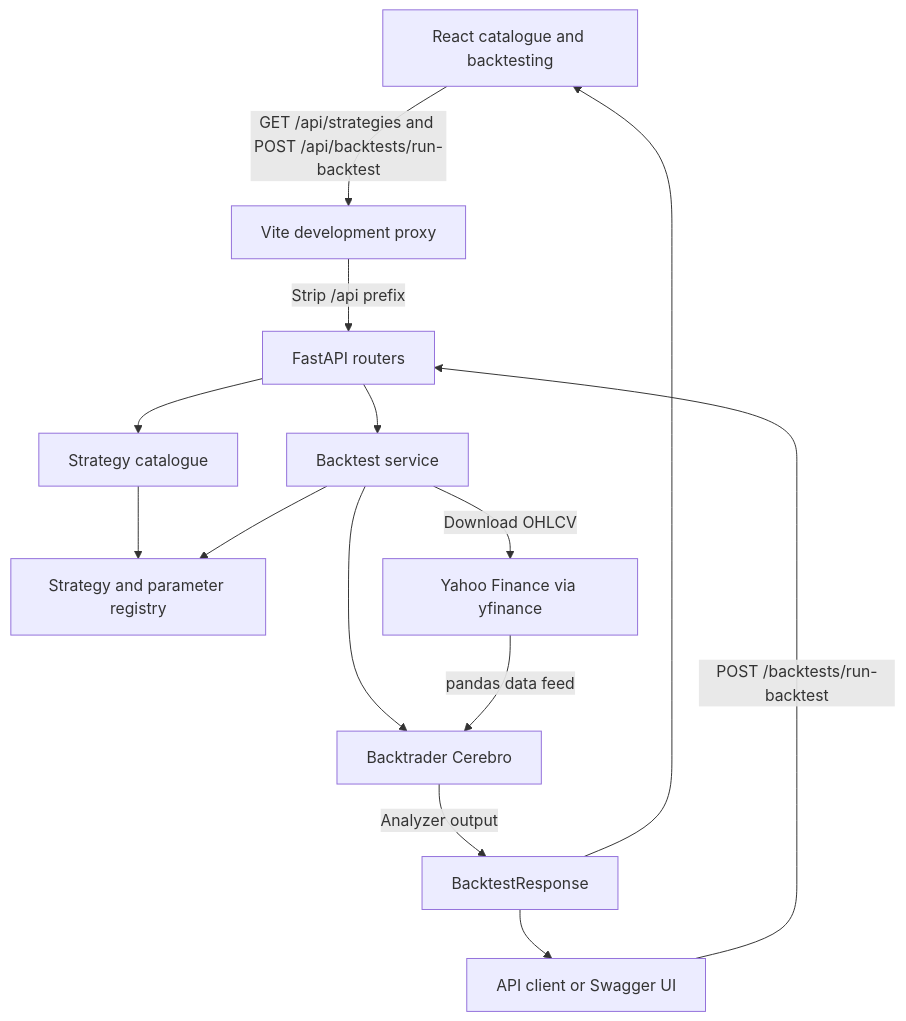
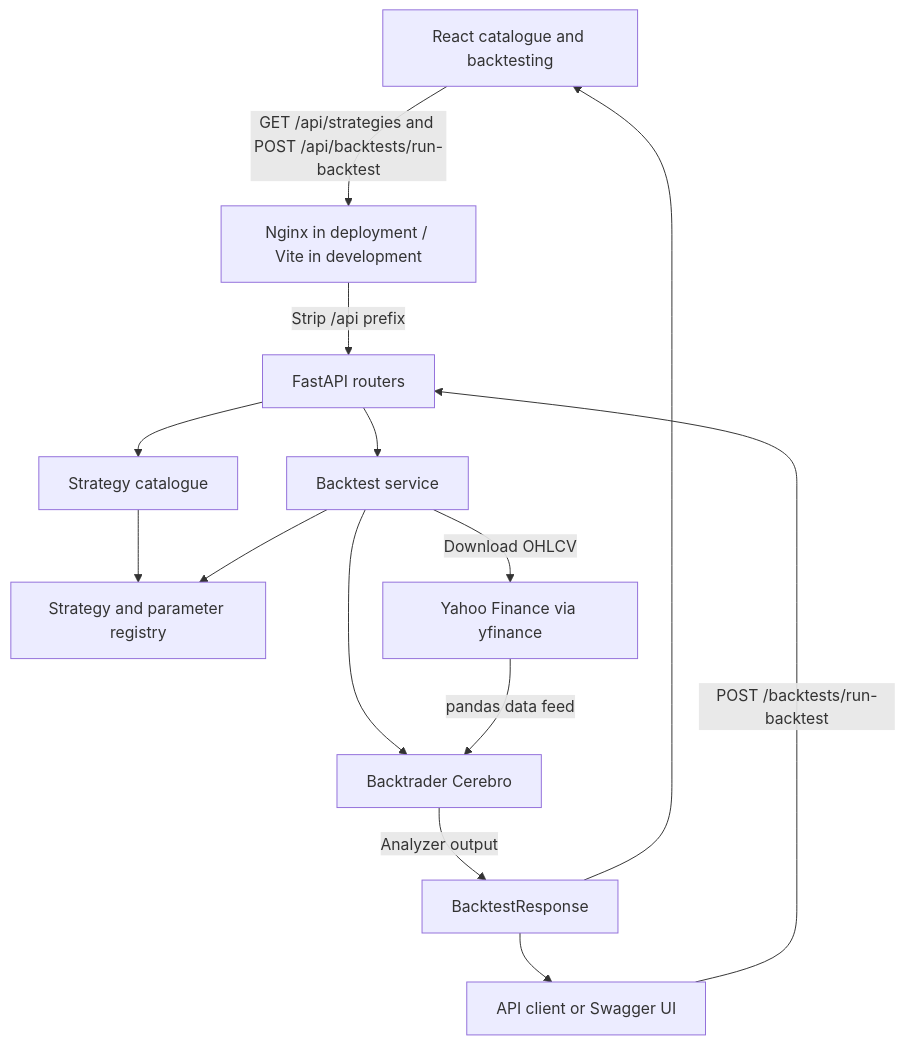
One commit to IvanVenkov712/Hypothiq changed the diagram in docs/architecture.md. Above: the diagram before and after it, drawn with Mermaid. The commit also changed other lines of this file and 15 other files, not shown here.

````diff
--- a/docs/architecture.md
+++ b/docs/architecture.md
@@ -18,16 +18,16 @@
 ```mermaid
 flowchart TD
-    UI[React catalogue and backtesting] -->|GET /api/strategies and POST /api/backtests/run-backtest| Proxy[Vite development proxy]
+    UI[React catalogue and backtesting] -->|GET /api/strategies and POST /api/backtests/run-backtest| Proxy[Nginx in deployment / Vite in development]
     Proxy -->|Strip /api prefix| API[FastAPI routers]
     Caller[API client or Swagger UI] -->|POST /backtests/run-backtest| API
     API --> Catalog[Strategy catalogue]
     Catalog --> Registry[Strategy and parameter registry]
     API --> Service[Backtest service]
     Service --> Registry
     Service -->|Download OHLCV| Yahoo[Yahoo Finance via yfinance]
     Service --> Engine[Backtrader Cerebro]
     Yahoo -->|pandas data feed| Engine
     Engine -->|Analyzer output| Metrics[BacktestResponse]
     Metrics --> Caller
     Metrics --> UI
 ```
````
